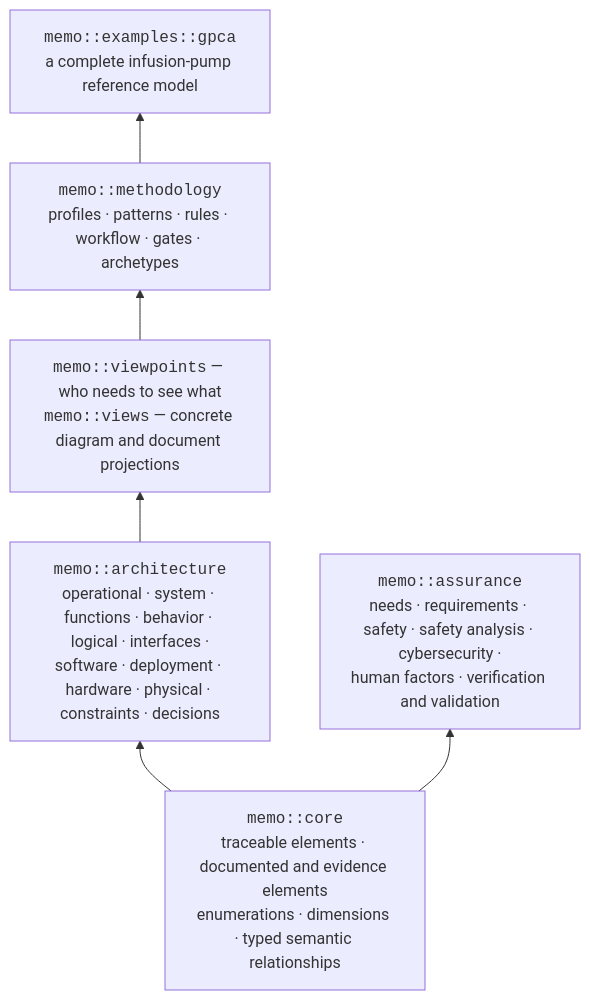
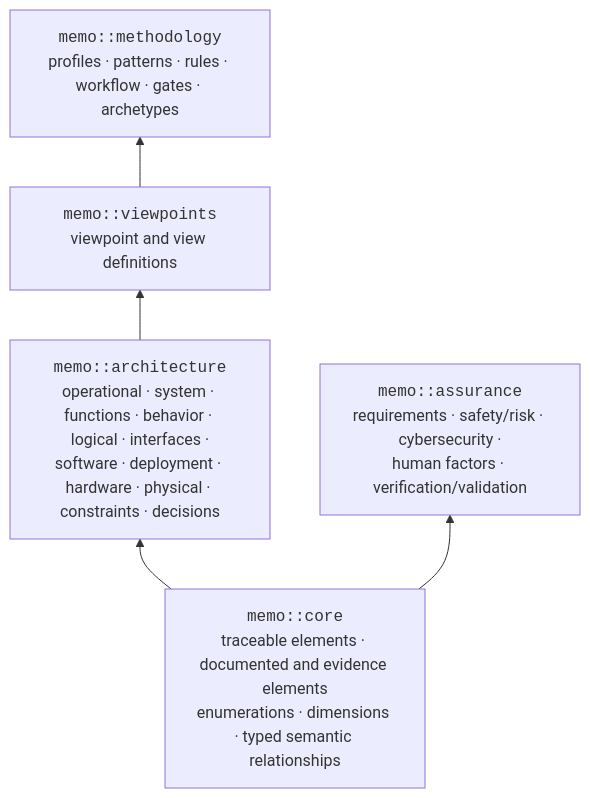
One commit to memoarchitect/memo changed the diagram in docs/architecture/namespace.md. Above: the diagram before and after it, drawn with Mermaid. The commit also changed other lines of this file and 271 other files, not shown here.

````diff
--- a/docs/architecture/namespace.md
+++ b/docs/architecture/namespace.md
@@ -7,11 +6,10 @@
 ```mermaid
 flowchart BT
     core["<code>memo::core</code><br/>traceable elements · documented and evidence elements<br/>enumerations · dimensions · typed semantic relationships"]
     arch["<code>memo::architecture</code><br/>operational · system · functions · behavior · logical · interfaces ·<br/>software · deployment · hardware · physical · constraints · decisions"]
-    assurance["<code>memo::assurance</code><br/>needs · requirements · safety · safety analysis · cybersecurity ·<br/>human factors · verification and validation"]
-    vp["<code>memo::viewpoints</code> — who needs to see what<br/><code>memo::views</code> — concrete diagram and document projections"]
+    assurance["<code>memo::assurance</code><br/>requirements · safety/risk · cybersecurity ·<br/>human factors · verification/validation"]
+    vp["<code>memo::viewpoints</code><br/>viewpoint and view definitions"]
     meth["<code>memo::methodology</code><br/>profiles · patterns · rules · workflow · gates · archetypes"]
-    gpca["<code>memo::examples::gpca</code><br/>a complete infusion-pump reference model"]
-    core --> arch --> vp --> meth --> gpca
+    core --> arch --> vp --> meth
     core --> assurance
 ```
````
